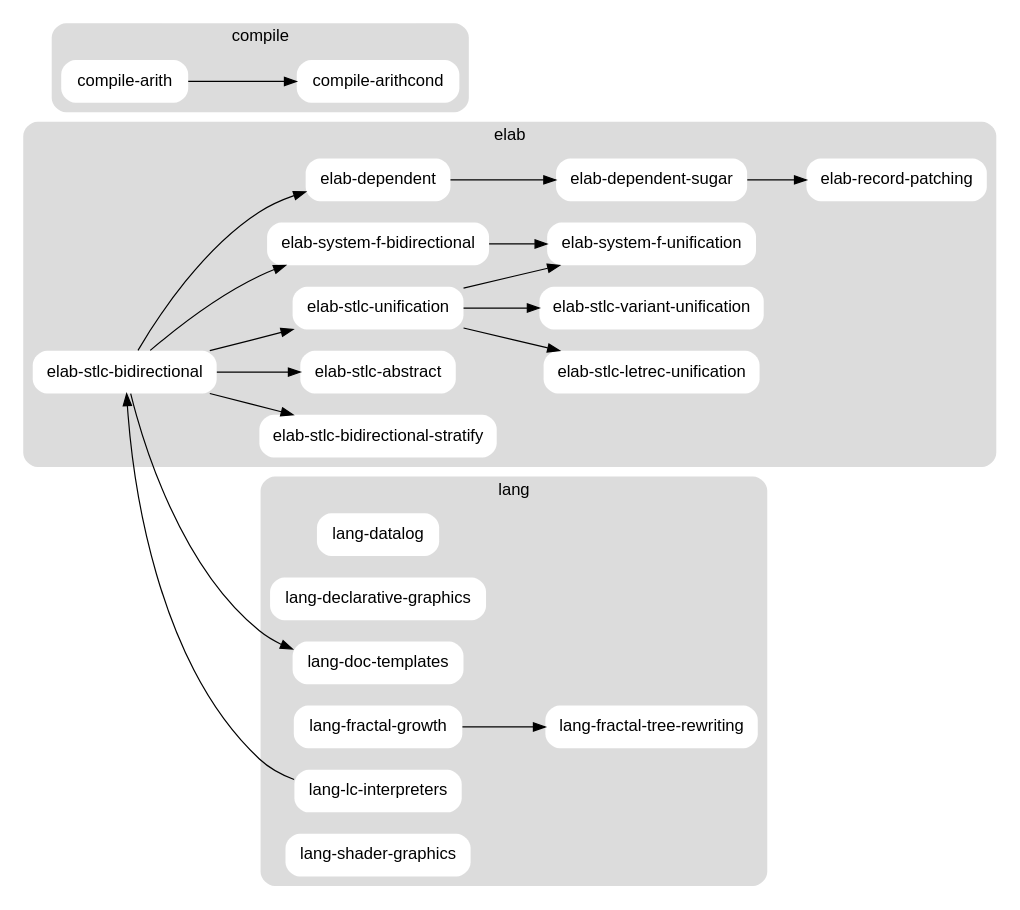
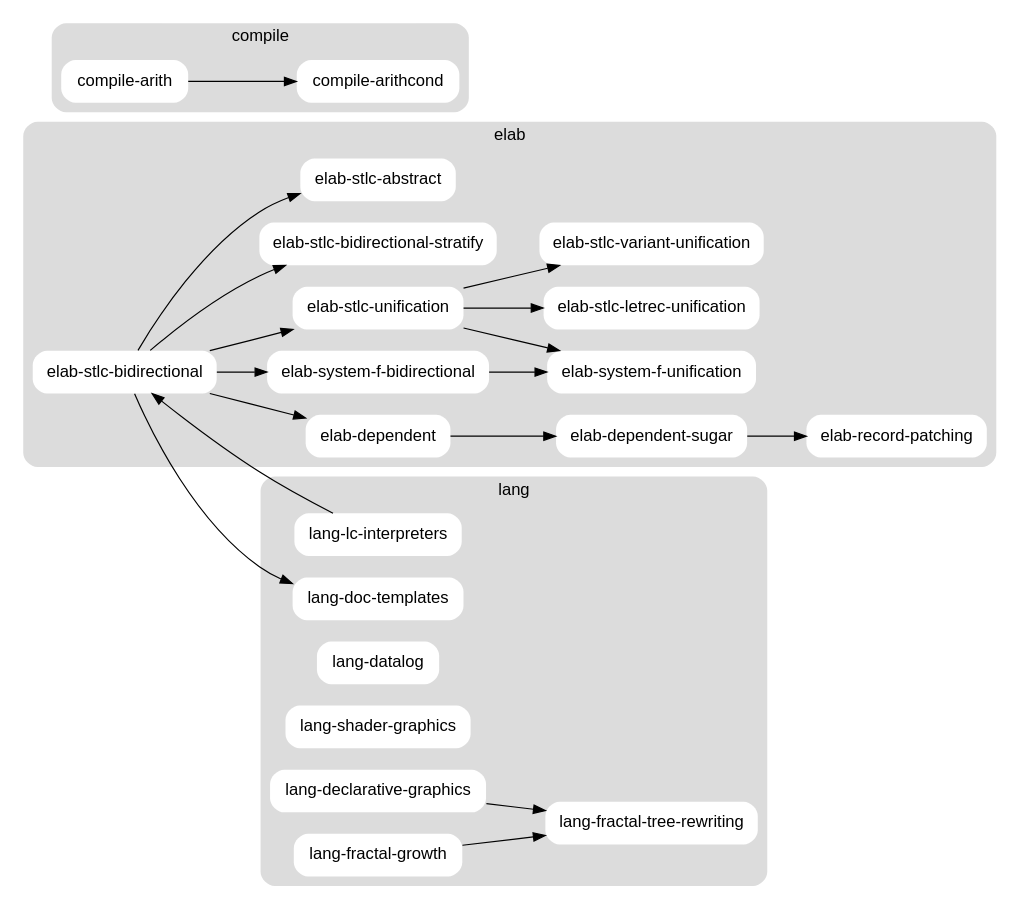
Before and after one commit to brendanzab/language-garden: the diagram in garden.dot, drawn with Graphviz. The commit also changed 1 other file, not shown here.

Commit message:
docs: Rearrange nodes in dependency graph

```diff
--- a/garden.dot
+++ b/garden.dot
@@ -1,77 +1,80 @@
 // dot -Tsvg garden.dot > garden.svg
 // dot -Tpng garden.dot | imgcat
 
 digraph garden {
 
   graph [
     color = "none",
     fillcolor = "gainsboro",
     fontname = "Helvetica,Arial,sans-serif",
     rankdir = LR,
     style = "filled, rounded",
   ];
 
   node [
     color = "none",
     fillcolor = "white",
     fontname = "Helvetica,Arial,sans-serif",
     margin = "0.2, 0.0",
     shape = "box",
     style = "filled, rounded",
   ];
 
   subgraph elab {
     label = "elab";
     cluster = true;
 
+    "elab-dependent" [URL = "./elab-dependent/"];
+    "elab-dependent-sugar" [URL = "./elab-dependent-sugar/"];
+    "elab-record-patching" [URL = "./elab-record-patching/"];
+
+    "elab-system-f-bidirectional" [URL = "./elab-system-f-bidirectional"];
+    "elab-system-f-unification" [URL = "./elab-system-f-unification"];
+
     "elab-stlc-bidirectional" [URL = "./elab-stlc-bidirectional"];
-    "elab-stlc-bidirectional-stratify" [URL = "./elab-stlc-bidirectional"];
-    "elab-stlc-abstract" [URL = "./elab-stlc-abstract"];
     "elab-stlc-unification" [URL = "./elab-stlc-unification"];
     "elab-stlc-letrec-unification" [URL = "./elab-stlc-letrec-unification"];
     "elab-stlc-variant-unification" [URL = "./elab-stlc-variant-unification"];
-    "elab-system-f-bidirectional" [URL = "./elab-system-f-bidirectional"];
-    "elab-system-f-unification" [URL = "./elab-system-f-unification"];
-    "elab-dependent" [URL = "./elab-dependent/"];
-    "elab-dependent-sugar" [URL = "./elab-dependent-sugar/"];
-    "elab-record-patching" [URL = "./elab-record-patching/"];
+    "elab-stlc-bidirectional-stratify" [URL = "./elab-stlc-bidirectional"];
+    "elab-stlc-abstract" [URL = "./elab-stlc-abstract"];
   }
 
   subgraph compile {
     label = "compile";
     cluster = true;
 
     "compile-arith" [URL = "./compile-arith/"];
     "compile-arithcond" [URL = "./compile-arithcond/"];
   }
 
   subgraph lang {
     label = "lang";
     cluster = true;
 
+    "lang-lc-interpreters" [URL = "./lang-lc-interpreters/"];
+    "lang-doc-templates" [URL = "./lang-doc-templates/"];
     "lang-datalog" [URL = "./lang-datalog/"];
+    "lang-shader-graphics" [URL = "./lang-shader-graphics/"];
     "lang-declarative-graphics" [URL = "./lang-declarative-graphics/"];
-    "lang-doc-templates" [URL = "./lang-doc-templates/"];
     "lang-fractal-growth" [URL = "./lang-fractal-growth/"];
     "lang-fractal-tree-rewriting" [URL = "./lang-fractal-tree-rewriting/"];
-    "lang-lc-interpreters" [URL = "./lang-lc-interpreters/"];
-    "lang-shader-graphics" [URL = "./lang-shader-graphics/"];
   }
 
   "elab-stlc-bidirectional" -> "elab-stlc-bidirectional-stratify";
   "elab-stlc-bidirectional" -> "elab-stlc-unification";
   "elab-stlc-bidirectional" -> "elab-stlc-abstract";
   "elab-stlc-bidirectional" -> "elab-system-f-bidirectional";
   "elab-stlc-bidirectional" -> "elab-dependent";
   "elab-stlc-bidirectional" -> "lang-doc-templates";
   "elab-stlc-unification" -> "elab-stlc-letrec-unification";
   "elab-stlc-unification" -> "elab-stlc-variant-unification";
   "elab-stlc-unification" -> "elab-system-f-unification";
   "elab-system-f-bidirectional" -> "elab-system-f-unification";
   "elab-dependent" -> "elab-dependent-sugar";
   "elab-dependent-sugar" -> "elab-record-patching";
   "compile-arith" -> "compile-arithcond";
   "lang-lc-interpreters" -> "elab-stlc-bidirectional";
   "lang-fractal-growth" -> "lang-fractal-tree-rewriting";
+  "lang-declarative-graphics" -> "lang-fractal-tree-rewriting";
 
 }
```
